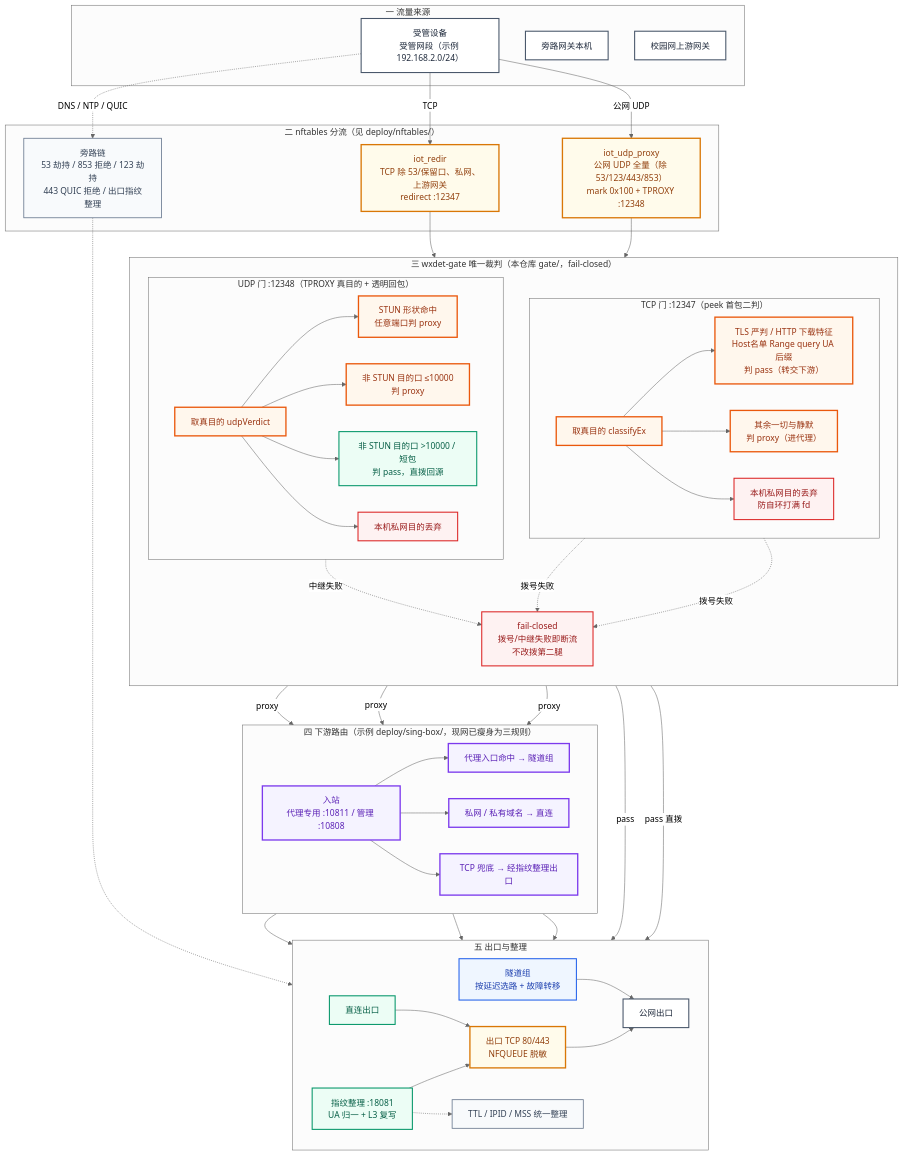
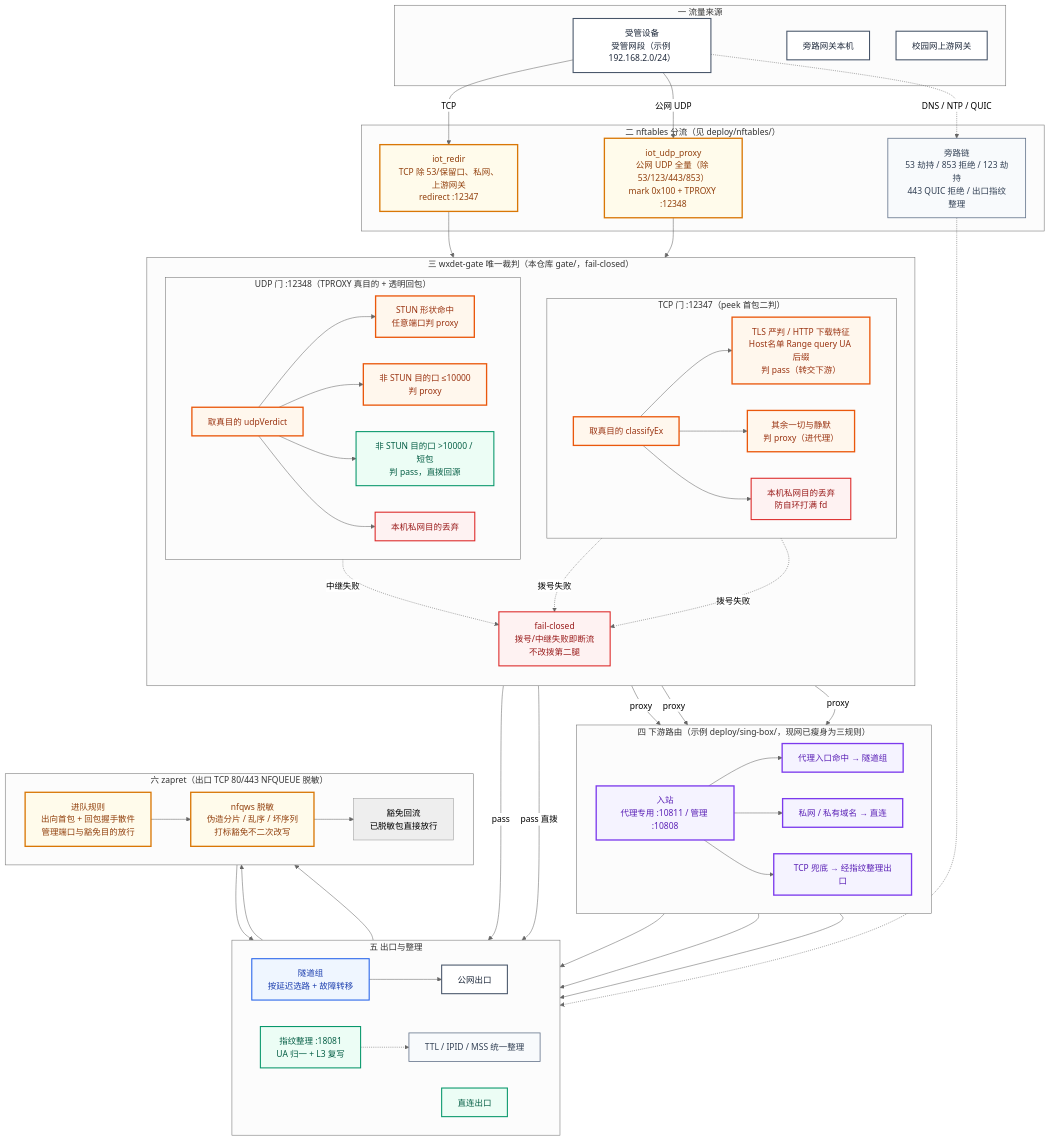
The diagram in README.md (dc17c1a/campus-device-bypass), drawn with Mermaid (neutral theme) before and after one commit.

Commit message:
README流程图补zapret子图：进队/脱敏/豁免回流三节点

```diff
--- a/README.md
+++ b/README.md
@@ -109,9 +109,15 @@
         UA["指纹整理 :18081<br/>UA 归一 + L3 复写"]
         PX["隧道组<br/>按延迟选路 + 故障转移"]
         DR["直连出口"]
-        ZP["出口 TCP 80/443<br/>NFQUEUE 脱敏"]
         NET["公网出口"]
         FP["TTL / IPID / MSS 统一整理"]
+    end
+
+    subgraph ZAP["六 zapret（出口 TCP 80/443 NFQUEUE 脱敏）"]
+        direction LR
+        ZQ["进队规则<br/>出向首包 + 回包握手散件<br/>管理端口与豁免目的放行"]
+        ZN["nfqws 脱敏<br/>伪造分片 / 乱序 / 坏序列<br/>打标豁免不二次改写"]
+        ZX["豁免回流<br/>已脱敏包直接放行"]
     end
 
     C -->|"TCP"| R1 --> GT
@@ -138,9 +144,11 @@
     SR0 --> PX
     SR1 --> DR
     SR2 --> UA
-    UA --> ZP
-    DR --> ZP
-    ZP --> NET
+    UA --> ZQ
+    DR --> ZQ
+    ZQ --> ZN
+    ZN --> ZX
+    ZX --> NET
     PX --> NET
     UA -.-> FP
     R3 -.-> FP
@@ -155,7 +163,7 @@
     classDef side fill:#F8FAFC,stroke:#64748B,stroke-width:1.5px,color:#334155;
 
     class C,GW,UP,NET src;
-    class R1,R2,ZP nft;
+    class R1,R2,ZQ,ZN nft;
     class GT,GU,GP,GX,GS,GL gate;
     class SI,SR0,SR1,SR2 sb;
     class PX tun;
```
